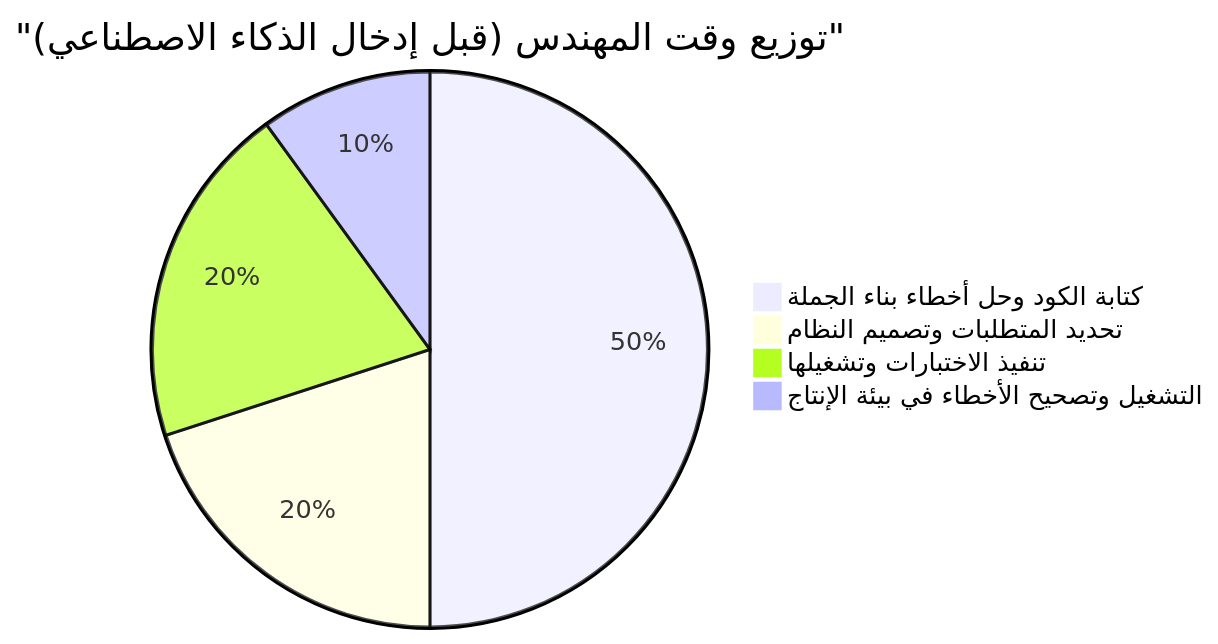
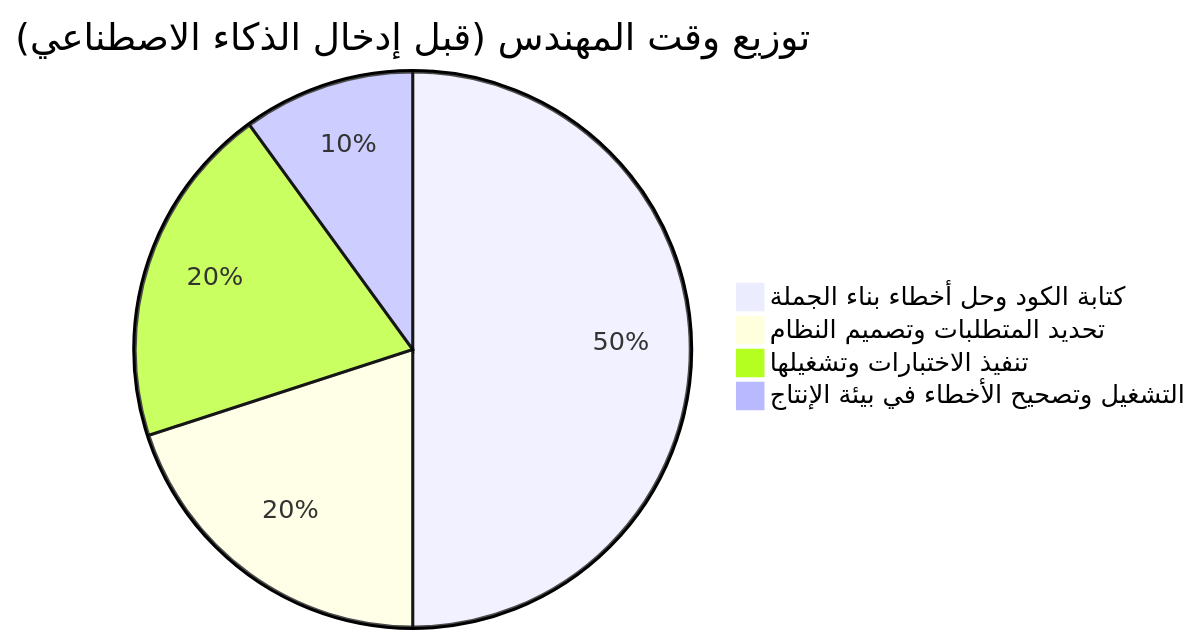
The third of 4 diagrams in content/post/human_engineer_skills/index.ar.md (kenjinote/blog), drawn with Mermaid before and after one commit. The commit also changed other lines of this file and 703 other files, not shown here.

Commit message:
Fix: Remove quotes from Mermaid link texts and timeline definitions to support Mermaid 11.4.1

````diff
--- a/content/post/human_engineer_skills/index.ar.md
+++ b/content/post/human_engineer_skills/index.ar.md
@@ -182,7 +182,7 @@
 ```mermaid
-pie title "توزيع وقت المهندس (قبل إدخال الذكاء الاصطناعي)"
+pie title توزيع وقت المهندس (قبل إدخال الذكاء الاصطناعي)
   "كتابة الكود وحل أخطاء بناء الجملة": 50
   "تحديد المتطلبات وتصميم النظام": 20
   "تنفيذ الاختبارات وتشغيلها": 20
   "التشغيل وتصحيح الأخطاء في بيئة الإنتاج": 10
 ```
````
